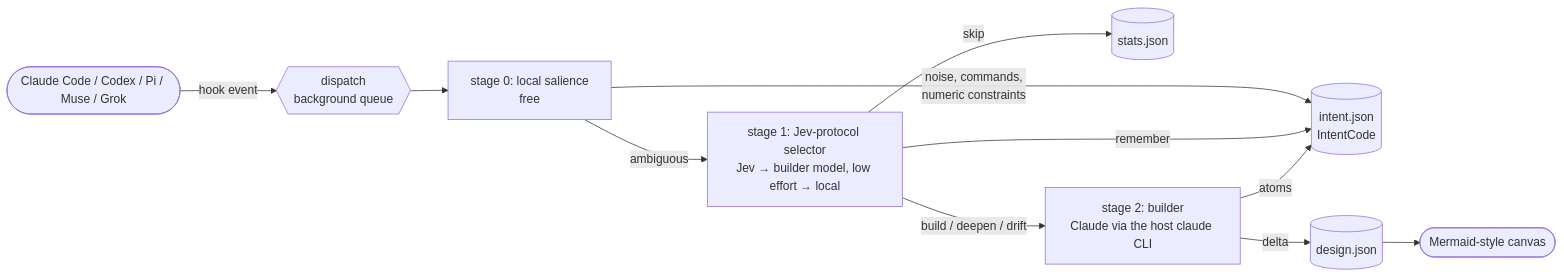
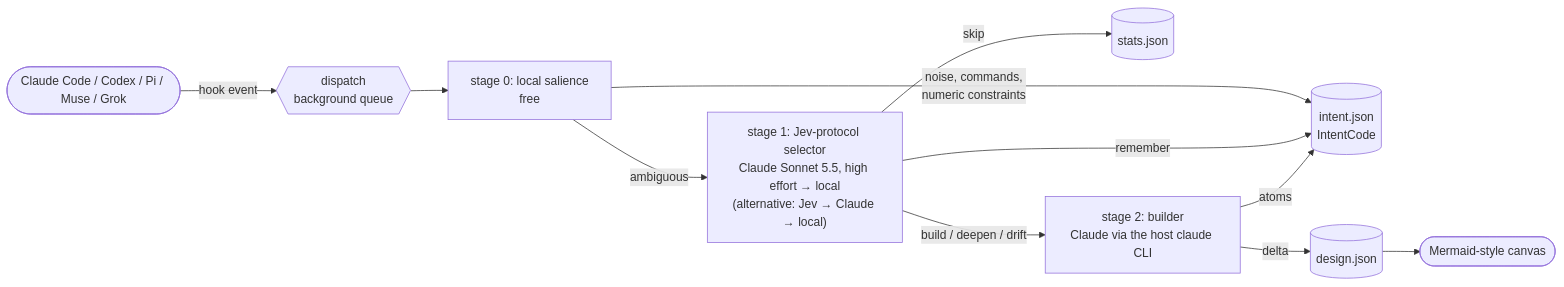
One commit to logan-robbins/smartypants changed the diagram in docs/ARCHITECTURE.md. Above: the diagram before and after it, drawn with Mermaid. The commit also changed other lines of this file and 30 other files, not shown here.

First line of the commit message:
Claude Sonnet 5.5 decides by default; Jev is the alternative

````diff
--- a/docs/ARCHITECTURE.md
+++ b/docs/ARCHITECTURE.md
@@ -10,13 +10,13 @@
 ```mermaid
 flowchart LR
   host(["Claude Code / Codex / Pi / Muse / Grok"]) -->|"hook event"| dispatch{{"dispatch<br/>background queue"}}
   dispatch --> s0["stage 0: local salience<br/>free"]
   s0 -->|"noise, commands,<br/>numeric constraints"| memory[("intent.json<br/>IntentCode")]
-  s0 -->|"ambiguous"| s1["stage 1: Jev-protocol selector<br/>Jev → builder model, low effort → local"]
+  s0 -->|"ambiguous"| s1["stage 1: Jev-protocol selector<br/>Claude Sonnet 5.5, high effort → local<br/>(alternative: Jev → Claude → local)"]
   s1 -->|"skip"| stats[("stats.json")]
   s1 -->|"remember"| memory
   s1 -->|"build / deepen / drift"| s2["stage 2: builder<br/>Claude via the host claude CLI"]
   s2 -->|"delta"| design[("design.json")]
   s2 -->|"atoms"| memory
   design --> canvas(["Mermaid-style canvas"])
 ```
````
